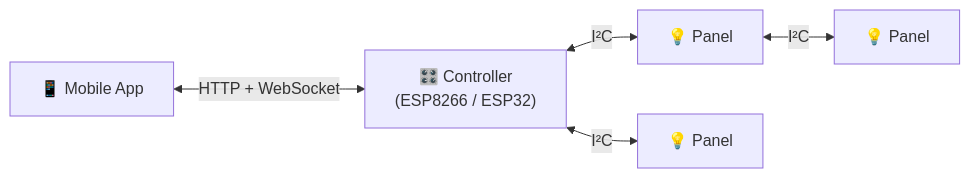
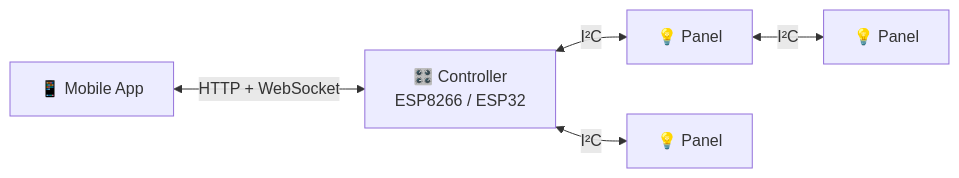
One commit to przemczan/lightnet changed the diagram in docs/index.md. Above: the diagram before and after it, drawn with Mermaid. The commit also changed other lines of this file and 15 other files, not shown here.

````diff
--- a/docs/index.md
+++ b/docs/index.md
@@ -13,7 +13,7 @@
 ```mermaid
 graph LR
-  App["📱 Mobile App"] <-->|"HTTP + WebSocket"| C["🎛️ Controller\n(ESP8266 / ESP32)"]
+  App["📱 Mobile App"] <-->|"HTTP + WebSocket"| C["🎛️ Controller<br/>ESP8266 / ESP32"]
   C <-->|I²C| P1["💡 Panel"]
   C <-->|I²C| P2["💡 Panel"]
   P1 <-->|I²C| P3["💡 Panel"]
 ```
````
